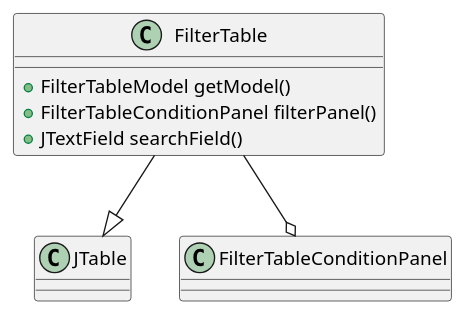
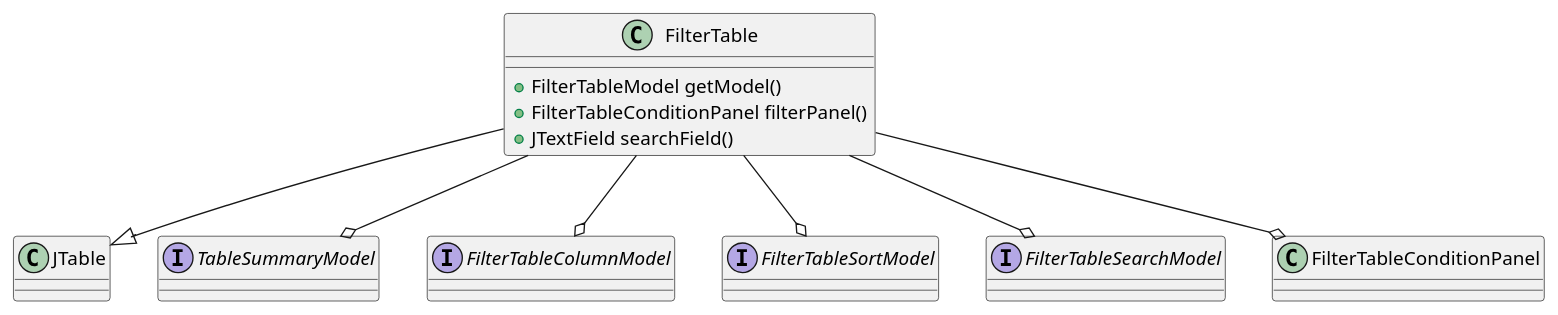
Before and after one commit to codion-is/codion: the diagram in documentation/src/docs/asciidoc/manual/common-ui-table.adoc, drawn with PlantUML. The commit also changed 4 other files, not shown here.

```diff
--- a/documentation/src/docs/asciidoc/manual/common-ui-table.adoc
+++ b/documentation/src/docs/asciidoc/manual/common-ui-table.adoc
@@ -7,16 +7,29 @@
 [plantuml, filter-table-diagram, svg, align=center]
 -------------------------------------------
 
 class JTable {}
+
+interface TableSummaryModel {}
+
+interface FilterTableColumnModel {}
+
+interface FilterTableSortModel {}
+
+interface FilterTableSearchModel {}
 
 class FilterTable {
     +FilterTableModel getModel()
     +FilterTableConditionPanel filterPanel()
     +JTextField searchField()
 }
 
 class FilterTableConditionPanel {}
 
 FilterTable --|> JTable
 FilterTable --o FilterTableConditionPanel
+FilterTable --o TableSummaryModel
+FilterTable --o FilterTableColumnModel
+FilterTable --o FilterTableSortModel
+FilterTable --o FilterTableSearchModel
+
 -------------------------------------------
```
